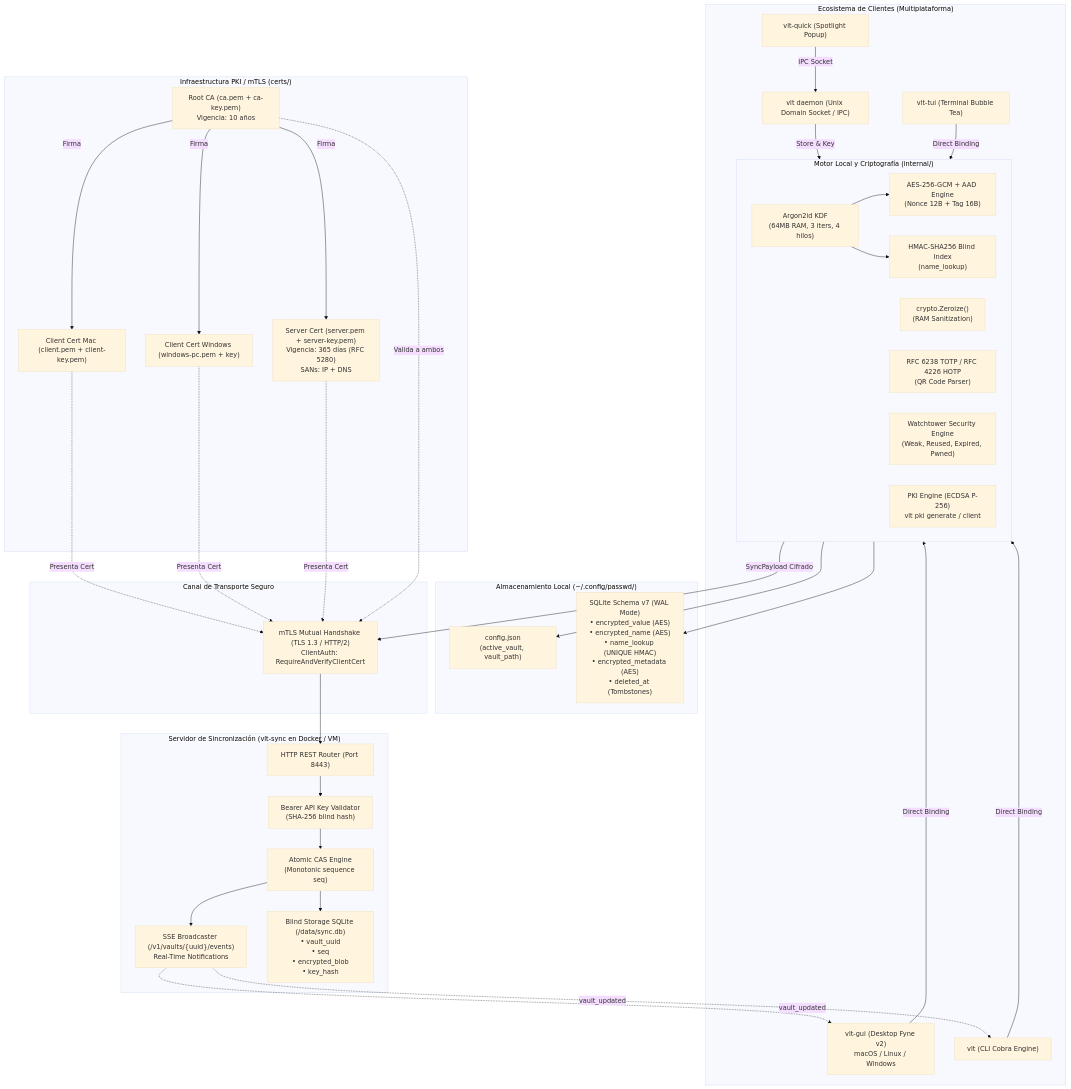
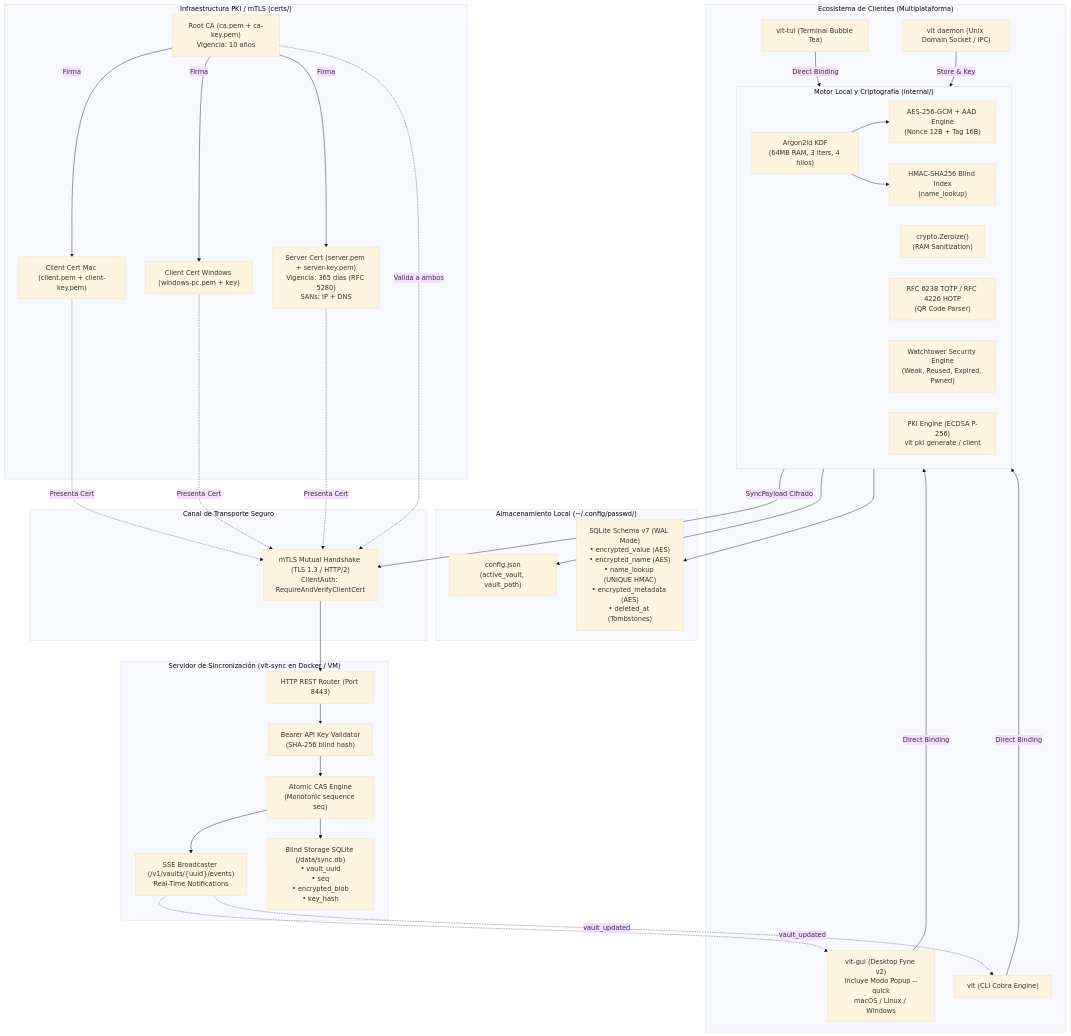
The first of 3 diagrams in docs/es/ARCHITECTURE-MERMAID.md (raynosc/vlt), drawn with Mermaid (base theme) before and after one commit. The commit also changed 30 other files, not shown here.

Commit message:
feat(quick): retire vlt-quick binary in favor of vlt-gui --quick and bump to v1.0.3

````diff
--- a/docs/es/ARCHITECTURE-MERMAID.md
+++ b/docs/es/ARCHITECTURE-MERMAID.md
@@ -11,75 +11,73 @@
 ```mermaid
 graph TB
     subgraph CLIENTES ["Ecosistema de Clientes (Multiplataforma)"]
-        GUI["vlt-gui (Desktop Fyne v2)<br/>macOS / Linux / Windows"]
+        GUI["vlt-gui (Desktop Fyne v2)<br/>Incluye Modo Popup --quick<br/>macOS / Linux / Windows"]
         TUI["vlt-tui (Terminal Bubble Tea)"]
         CLI["vlt (CLI Cobra Engine)"]
-        QUICK["vlt-quick (Spotlight Popup)"]
         DAEMON["vlt daemon (Unix Domain Socket / IPC)"]
         
-        QUICK -->|IPC Socket| DAEMON
-        DAEMON -->|Store & Key| CORE
         GUI -->|Direct Binding| CORE
         TUI -->|Direct Binding| CORE
         CLI -->|Direct Binding| CORE
+        DAEMON -->|Store & Key| CORE
     end
 
     subgraph CORE ["Motor Local y Criptografía (internal/)"]
         KDF["Argon2id KDF<br/>(64MB RAM, 3 iters, 4 hilos)"]
         AES["AES-256-GCM + AAD Engine<br/>(Nonce 12B + Tag 16B)"]
         BLIND["HMAC-SHA256 Blind Index<br/>(name_lookup)"]
         ZERO["crypto.Zeroize()<br/>(RAM Sanitization)"]
         OTP["RFC 6238 TOTP / RFC 4226 HOTP<br/>(QR Code Parser)"]
         WATCH["Watchtower Security Engine<br/>(Weak, Reused, Expired, Pwned)"]
         PKI_GEN["PKI Engine (ECDSA P-256)<br/>vlt pki generate / client"]
         
         KDF --> AES
         KDF --> BLIND
     end
 
     subgraph LOCAL_STORE ["Almacenamiento Local (~/.config/passwd/)"]
         CONFIG_JSON["config.json<br/>(active_vault, vault_path)"]
         SQLITE["SQLite Schema v7 (WAL Mode)<br/>• encrypted_value (AES)<br/>• encrypted_name (AES)<br/>• name_lookup (UNIQUE HMAC)<br/>• encrypted_metadata (AES)<br/>• deleted_at (Tombstones)"]
         
         CORE --> SQLITE
         CORE --> CONFIG_JSON
     end
 
     subgraph PKI_CERTS ["Infraestructura PKI / mTLS (certs/)"]
         CA["Root CA (ca.pem + ca-key.pem)<br/>Vigencia: 10 años"]
         SRV_CERT["Server Cert (server.pem + server-key.pem)<br/>Vigencia: 365 días (RFC 5280)<br/>SANs: IP + DNS"]
         CLI_CERT1["Client Cert Mac (client.pem + client-key.pem)"]
         CLI_CERT2["Client Cert Windows (windows-pc.pem + key)"]
         
         CA -->|Firma| SRV_CERT
         CA -->|Firma| CLI_CERT1
         CA -->|Firma| CLI_CERT2
     end
 
     subgraph SYNC_TRANSPORT ["Canal de Transporte Seguro"]
         TLS_PIPE["mTLS Mutual Handshake (TLS 1.3 / HTTP/2)<br/>ClientAuth: RequireAndVerifyClientCert"]
     end
 
     subgraph SYNC_SERVER ["Servidor de Sincronización (vlt-sync en Docker / VM)"]
         ROUTER["HTTP REST Router (Port 8443)"]
         AUTH["Bearer API Key Validator<br/>(SHA-256 blind hash)"]
         CAS["Atomic CAS Engine<br/>(Monotonic sequence seq)"]
         SSE["SSE Broadcaster (/v1/vaults/{uuid}/events)<br/>Real-Time Notifications"]
         SERVER_DB["Blind Storage SQLite (/data/sync.db)<br/>• vault_uuid<br/>• seq<br/>• encrypted_blob<br/>• key_hash"]
         
         ROUTER --> AUTH
         AUTH --> CAS
         CAS --> SERVER_DB
         CAS --> SSE
     end
 
     CLI_CERT1 -.->|Presenta Cert| TLS_PIPE
     CLI_CERT2 -.->|Presenta Cert| TLS_PIPE
     SRV_CERT -.->|Presenta Cert| TLS_PIPE
     CA -.->|Valida a ambos| TLS_PIPE
 
     CORE -->|SyncPayload Cifrado| TLS_PIPE
     TLS_PIPE --> ROUTER
     SSE -.->|vault_updated| GUI
     SSE -.->|vault_updated| CLI
 ```
````
